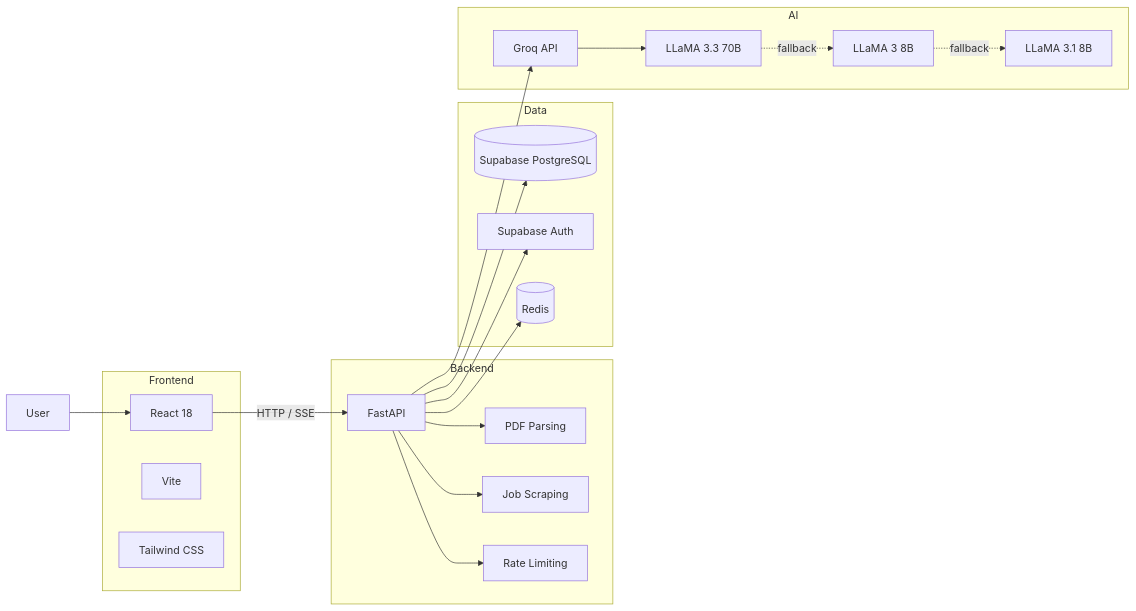
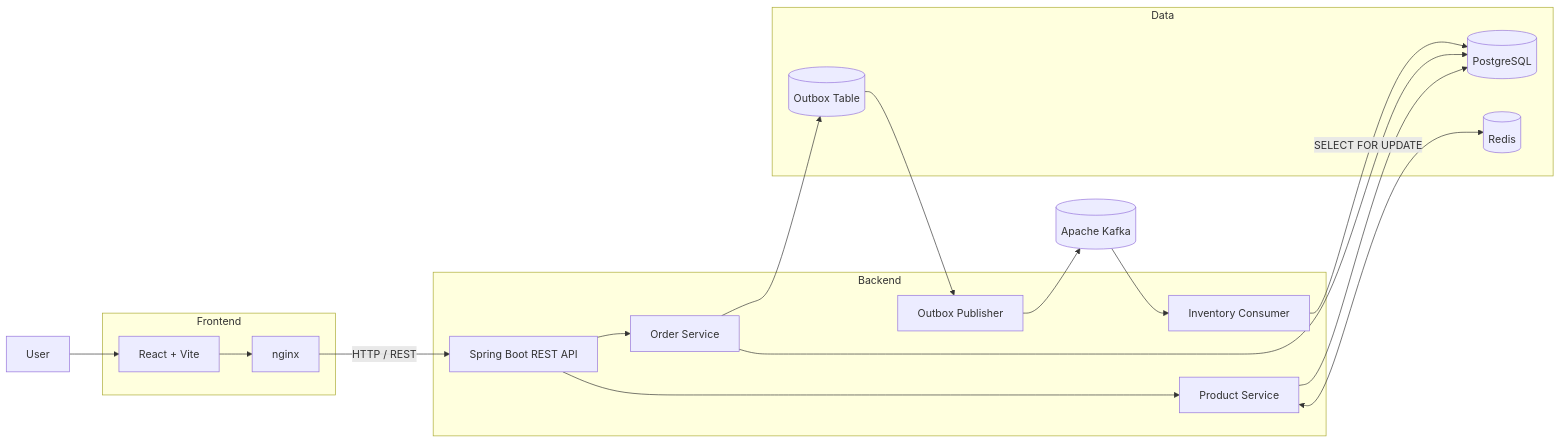
Before and after one commit to azim-haffar/OrderFlow: the diagram in README.md, drawn with Mermaid. The commit also changed other lines of this file, not shown here.

Commit message:
Rename project from HireLens to OrderFlow

````diff
--- a/README.md
+++ b/README.md
@@ -181,48 +95,45 @@
 ```mermaid
 flowchart LR
 
     U[User]
 
     subgraph Frontend
-        R[React 18]
-        V[Vite]
-        T[Tailwind CSS]
+        R[React + Vite]
+        N[nginx]
     end
 
     subgraph Backend
-        F[FastAPI]
-        P[PDF Parsing]
-        S[Job Scraping]
-        RL[Rate Limiting]
+        API[Spring Boot REST API]
+        PS[Product Service]
+        OS[Order Service]
+        OP[Outbox Publisher]
+        INV[Inventory Consumer]
     end
 
     subgraph Data
-        SB[(Supabase PostgreSQL)]
-        AU[Supabase Auth]
+        PG[(PostgreSQL)]
         RD[(Redis)]
+        OB[(Outbox Table)]
     end
 
-    subgraph AI
-        G[Groq API]
-        M1[LLaMA 3.3 70B]
-        M2[LLaMA 3 8B]
-        M3[LLaMA 3.1 8B]
-    end
+    K[(Apache Kafka)]
 
     U --> R
-    R -->|HTTP / SSE| F
+    R --> N
+    N -->|HTTP / REST| API
 
-    F --> P
-    F --> S
-    F --> RL
+    API --> PS
+    API --> OS
 
-    F --> SB
-    F --> AU
-    F --> RD
+    PS <--> RD
+    PS --> PG
 
-    F --> G
+    OS --> PG
+    OS --> OB
 
-    G --> M1
-    M1 -. fallback .-> M2
-    M2 -. fallback .-> M3
+    OB --> OP
+    OP --> K
+
+    K --> INV
+    INV -->|SELECT FOR UPDATE| PG
 ```
````
